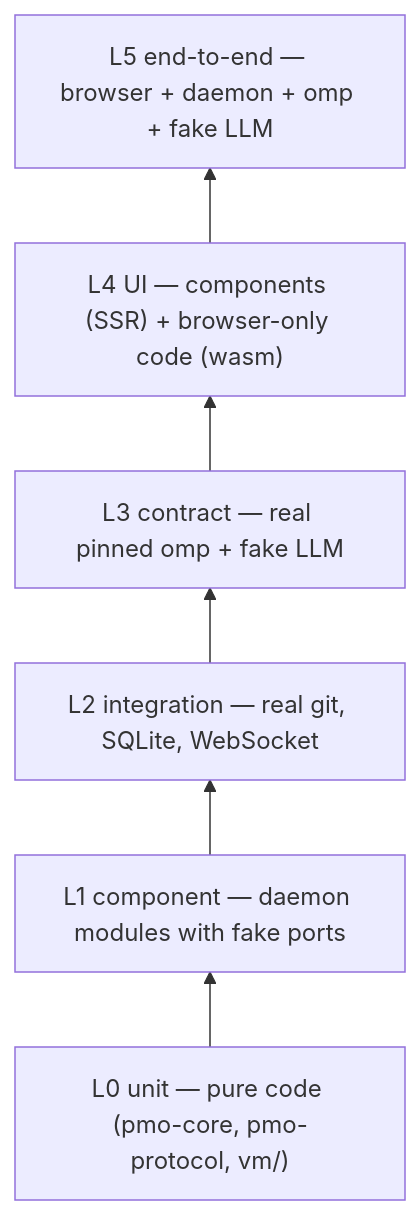
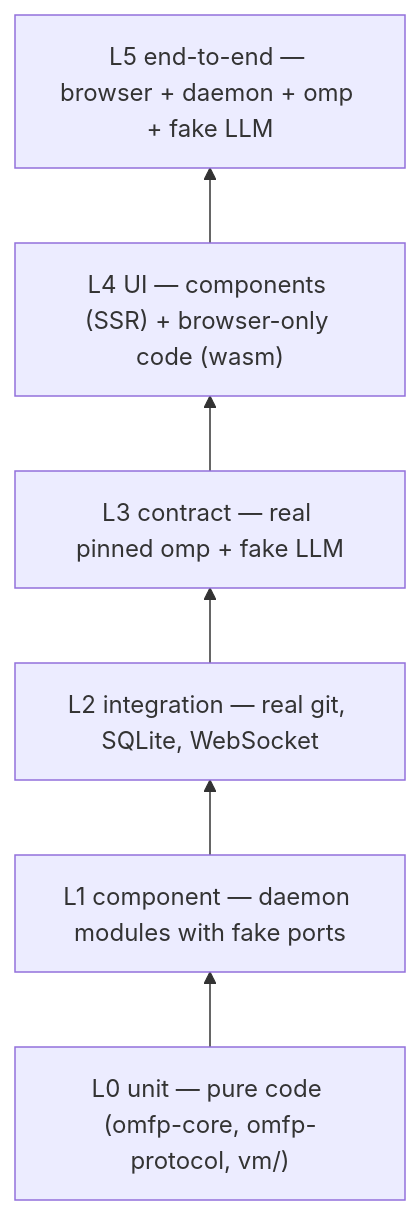
Before and after one commit to TonioGela/omfp: the diagram in docs/specs/06-testing.md, drawn with Mermaid. The commit also changed other lines of this file and 260 other files, not shown here.

````diff
--- a/docs/specs/06-testing.md
+++ b/docs/specs/06-testing.md
@@ -25,10 +25,10 @@
 ```mermaid
 flowchart BT
-  L0["L0 unit — pure code (pmo-core, pmo-protocol, vm/)"]
+  L0["L0 unit — pure code (omfp-core, omfp-protocol, vm/)"]
   L1["L1 component — daemon modules with fake ports"]
   L2["L2 integration — real git, SQLite, WebSocket"]
   L3["L3 contract — real pinned omp + fake LLM"]
   L4["L4 UI — components (SSR) + browser-only code (wasm)"]
   L5["L5 end-to-end — browser + daemon + omp + fake LLM"]
   L0 --> L1 --> L2 --> L3 --> L4 --> L5
 ```
````
